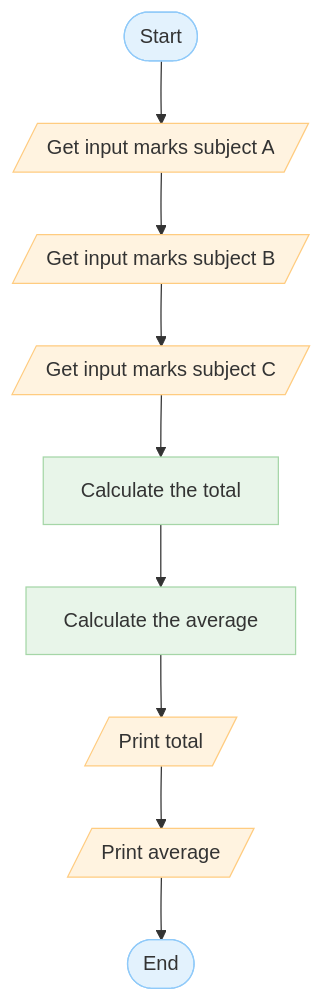
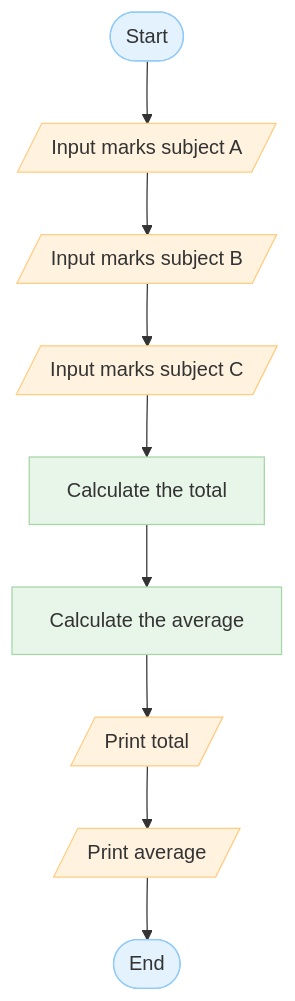
The seventh of 8 diagrams in README.md (joelBIT/workshop-pseudocode-flowcharts), drawn with Mermaid before and after one commit. The commit also changed other lines of this file, not shown here.

Commit message:
Created flowchart for workshop exercise 3

````diff
--- a/README.md
+++ b/README.md
@@ -262,16 +262,15 @@
 ```mermaid
 flowchart TD
-    A([Start]):::term --> B[/Get input marks subject A/]:::io
-    B --> C[/Get input marks subject B/]:::io
-    C --> D[/Get input marks subject C/]:::io
+    A([Start]):::term --> B[/Input marks subject A/]:::io
+    B --> C[/Input marks subject B/]:::io
+    C --> D[/Input marks subject C/]:::io
     D --> E[Calculate the total]:::proc
     E --> F[Calculate the average]:::proc
     F --> G[/Print total/]:::io
     G --> H[/Print average/]:::io
     H --> I([End]):::term
 
 classDef term fill:#e3f2fd,stroke:#90caf9,color:#333,stroke-width:1px;
 classDef io fill:#fff3e0,stroke:#ffcc80,color:#333,stroke-width:1px;
-classDef dec fill:#fde0dc,stroke:#f8bbd0,color:#333,stroke-width:1px;
 classDef proc fill:#e8f5e9,stroke:#a5d6a7,color:#333,stroke-width:1px;
 ```
````
